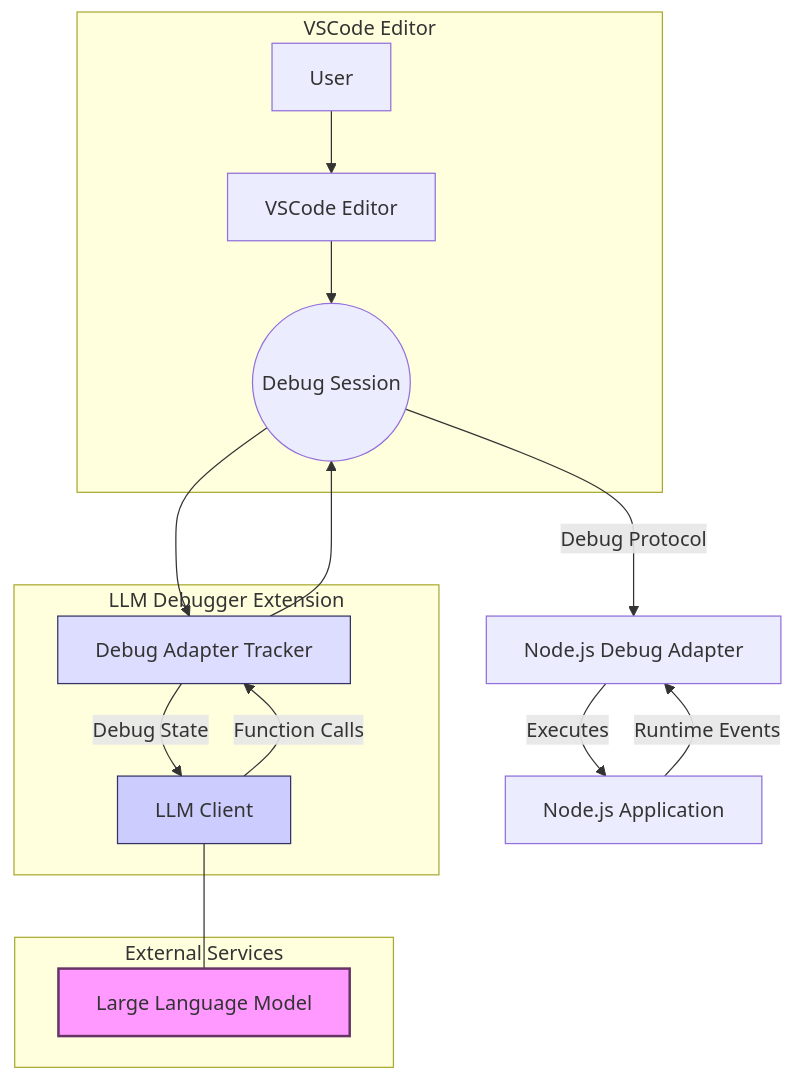
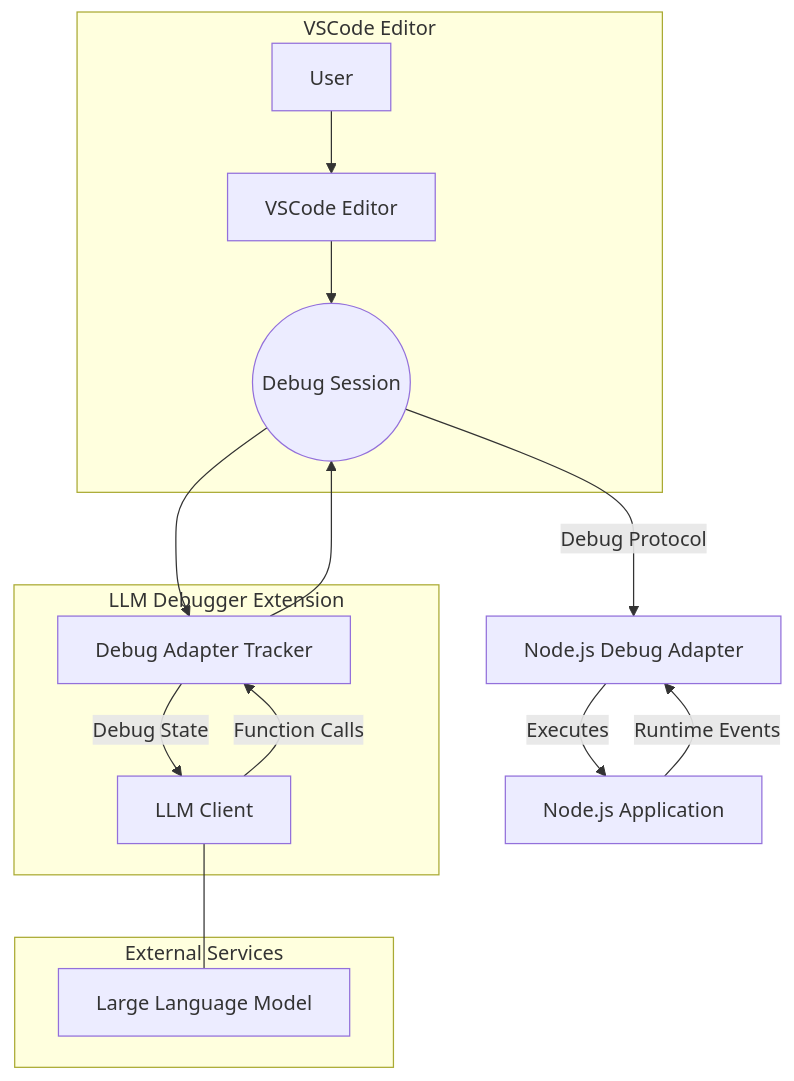
One commit to mohsen1/llm-debugger-vscode-extension changed the diagram in README.md. Above: the diagram before and after it, drawn with Mermaid.

````diff
--- a/README.md
+++ b/README.md
@@ -21,29 +21,22 @@
 ```mermaid
 graph TB
     subgraph "VSCode Editor"
         User[User] --> Editor[VSCode Editor]
         Editor --> DebugSession((Debug Session))
     end
 
     subgraph "LLM Debugger Extension"
         DebugSession --> DebugAdapter[Debug Adapter Tracker]:::extensionComponent
         DebugAdapter --> DebugSession
         DebugAdapter -- Debug State --> LLMClient[LLM Client]:::extensionComponent
         LLMClient -- Function Calls --> DebugAdapter
     end
 
     subgraph "External Services"
       LLMClient --- LLM[Large Language Model]
     end
      DebugSession -- Debug Protocol --> NodeDebugAdapter[Node.js Debug Adapter]
     NodeDebugAdapter -- Executes --> NodeApp[Node.js Application]
     NodeApp -- Runtime Events --> NodeDebugAdapter
 
-
-    classDef extension fill:#eef,stroke:#336,stroke-width:2px;
-    classDef extensionComponent fill:#ddf,stroke:#336,stroke-width:1px;
-    classDef externalService fill:#f9f,stroke:#333,stroke-width:2px;
-
-    style LLMClient fill:#ccf,stroke:#336,stroke-width:1px
-    style LLM fill:#f9f,stroke:#636,stroke-width:2px
 ```
````
